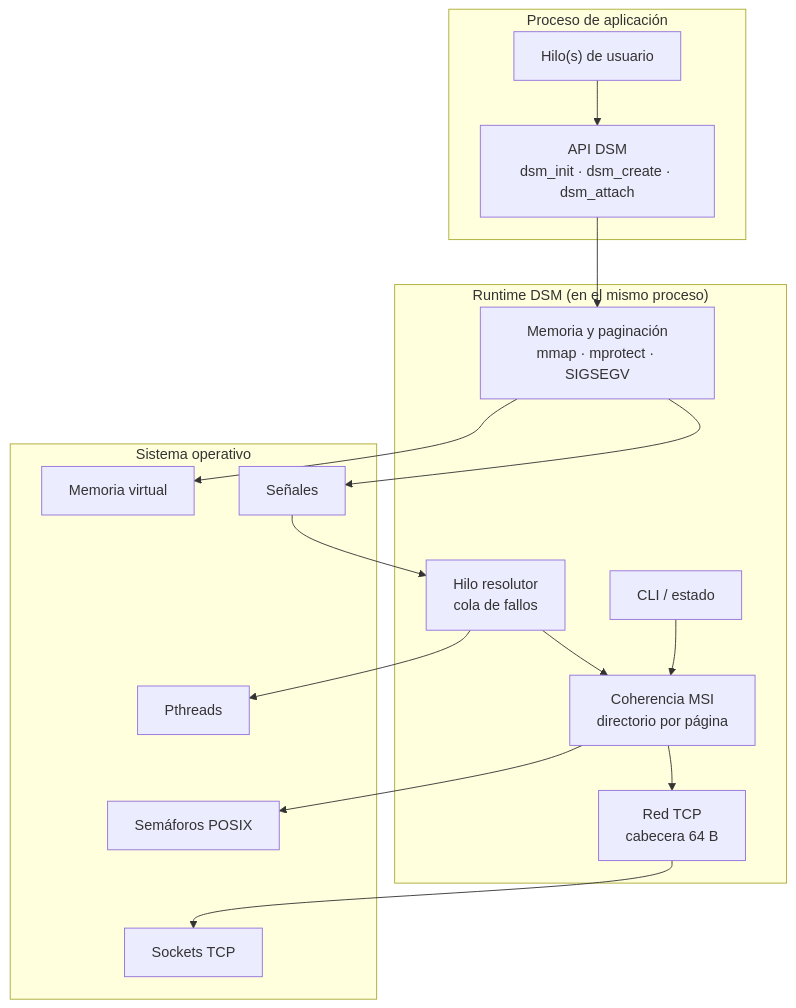
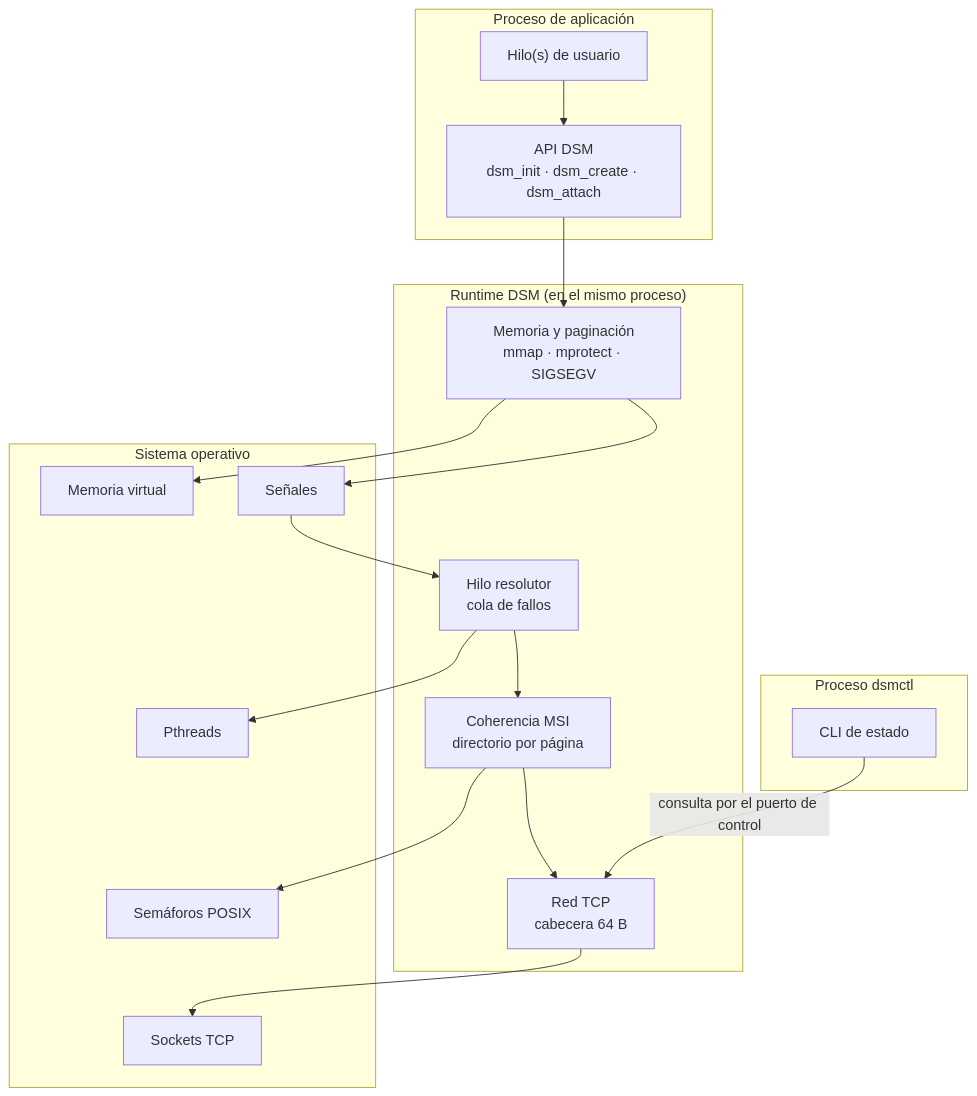
Before and after one commit to TSebas12/ProyectoSO-DSM-SistemaDeMemoriaCompartidaDistribuida: the first of 4 diagrams in Entregable_2/02_Entregable_2_Prototipo_1.md, drawn with Mermaid. The commit also changed other lines of this file and 13 other files, not shown here.

````diff
--- a/Entregable_2/02_Entregable_2_Prototipo_1.md
+++ b/Entregable_2/02_Entregable_2_Prototipo_1.md
@@ -153,35 +155,38 @@
 ```mermaid
 flowchart TB
     subgraph APP["Proceso de aplicación"]
         U["Hilo(s) de usuario"]
         API["API DSM<br/>dsm_init · dsm_create · dsm_attach"]
     end
 
     subgraph RT["Runtime DSM (en el mismo proceso)"]
         MEM["Memoria y paginación<br/>mmap · mprotect · SIGSEGV"]
         RES["Hilo resolutor<br/>cola de fallos"]
         COH["Coherencia MSI<br/>directorio por página"]
         NET["Red TCP<br/>cabecera 64 B"]
-        CLI["CLI / estado"]
+    end
+
+    subgraph CTL["Proceso dsmctl"]
+        CLI["CLI de estado"]
     end
 
     subgraph OS["Sistema operativo"]
         VM["Memoria virtual"]
         SIG["Señales"]
         TH["Pthreads"]
         SEM["Semáforos POSIX"]
         SOCK["Sockets TCP"]
     end
 
     U --> API
     API --> MEM
     MEM --> VM
     MEM --> SIG
     SIG --> RES
     RES --> COH
     COH --> NET
     NET --> SOCK
     RES --> TH
     COH --> SEM
-    CLI --> COH
+    CLI -->|"consulta por el puerto de control"| NET
 ```
````
